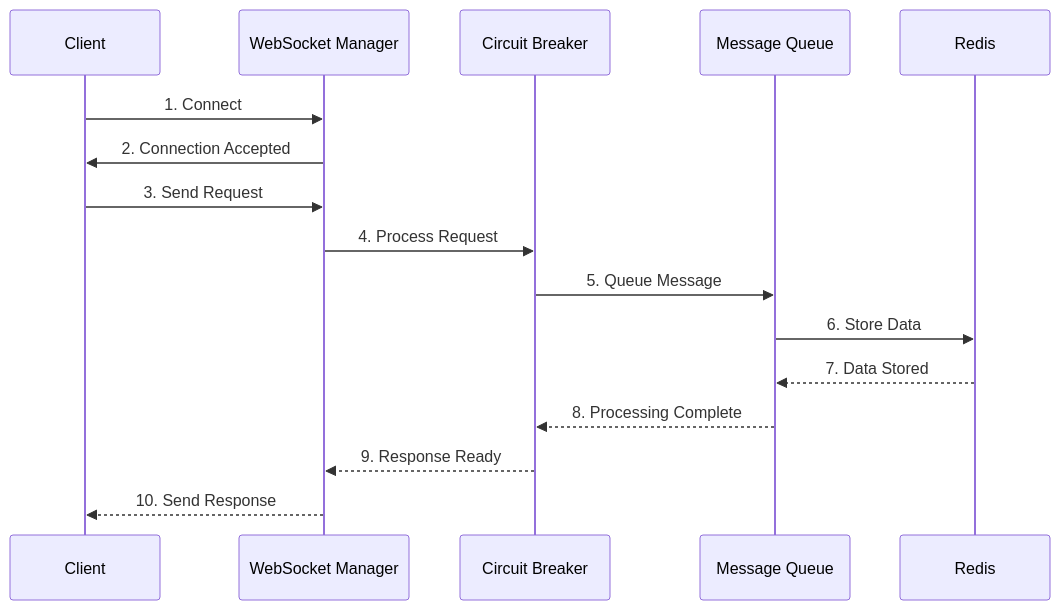
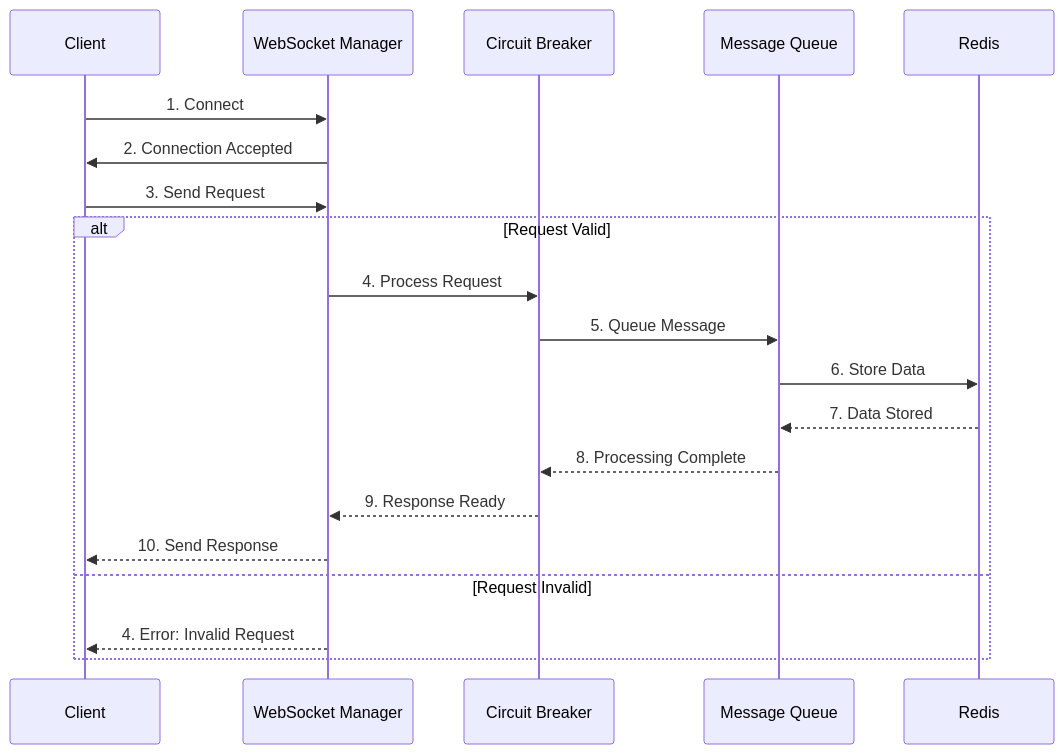
Before and after one commit to markbsigler/PetStore-TypeScript-MCP-WS: the third of 8 diagrams in README.md, drawn with Mermaid. The commit also changed other lines of this file, not shown here.

First line of the commit message:
docs: enhance Mermaid diagrams in README

````diff
--- a/README.md
+++ b/README.md
@@ -274,19 +275,23 @@
 ```mermaid
 sequenceDiagram
     participant C as Client
     participant WS as WebSocket Manager
     participant CB as Circuit Breaker
     participant MQ as Message Queue
     participant R as Redis
 
     C->>WS: 1. Connect
     WS->>C: 2. Connection Accepted
     C->>WS: 3. Send Request
-    WS->>CB: 4. Process Request
-    CB->>MQ: 5. Queue Message
-    MQ->>R: 6. Store Data
-    R-->>MQ: 7. Data Stored
-    MQ-->>CB: 8. Processing Complete
-    CB-->>WS: 9. Response Ready
-    WS-->>C: 10. Send Response
+    alt Request Valid
+        WS->>CB: 4. Process Request
+        CB->>MQ: 5. Queue Message
+        MQ->>R: 6. Store Data
+        R-->>MQ: 7. Data Stored
+        MQ-->>CB: 8. Processing Complete
+        CB-->>WS: 9. Response Ready
+        WS-->>C: 10. Send Response
+    else Request Invalid
+        WS-->>C: 4. Error: Invalid Request
+    end
 ```
````
